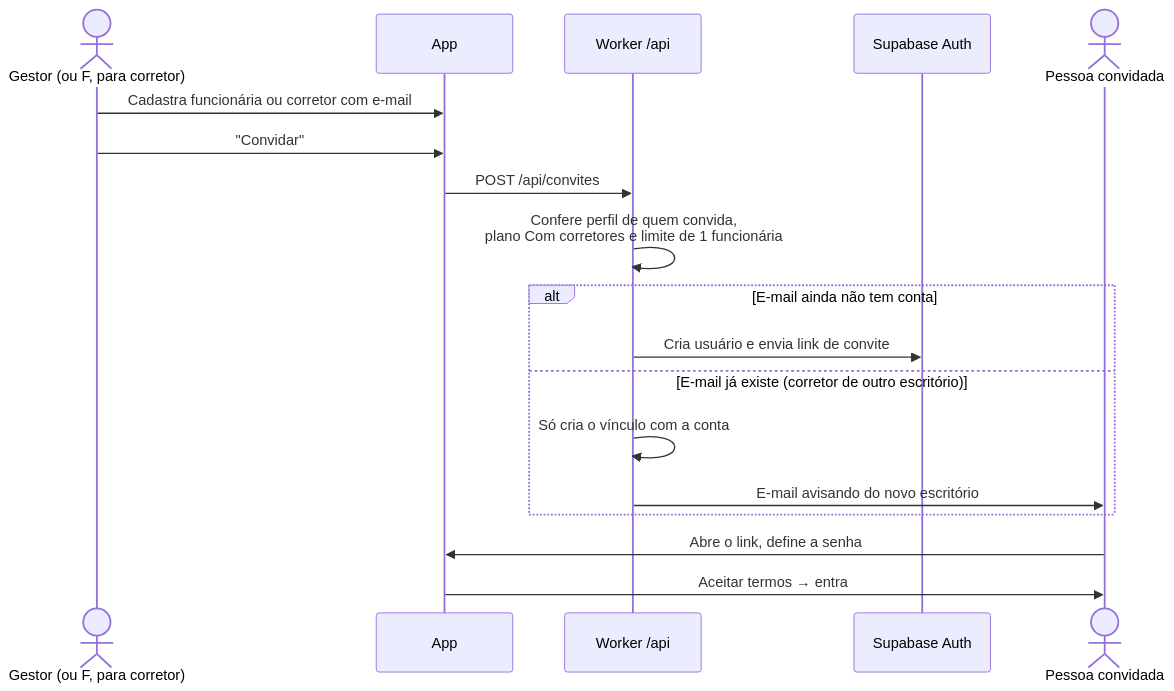
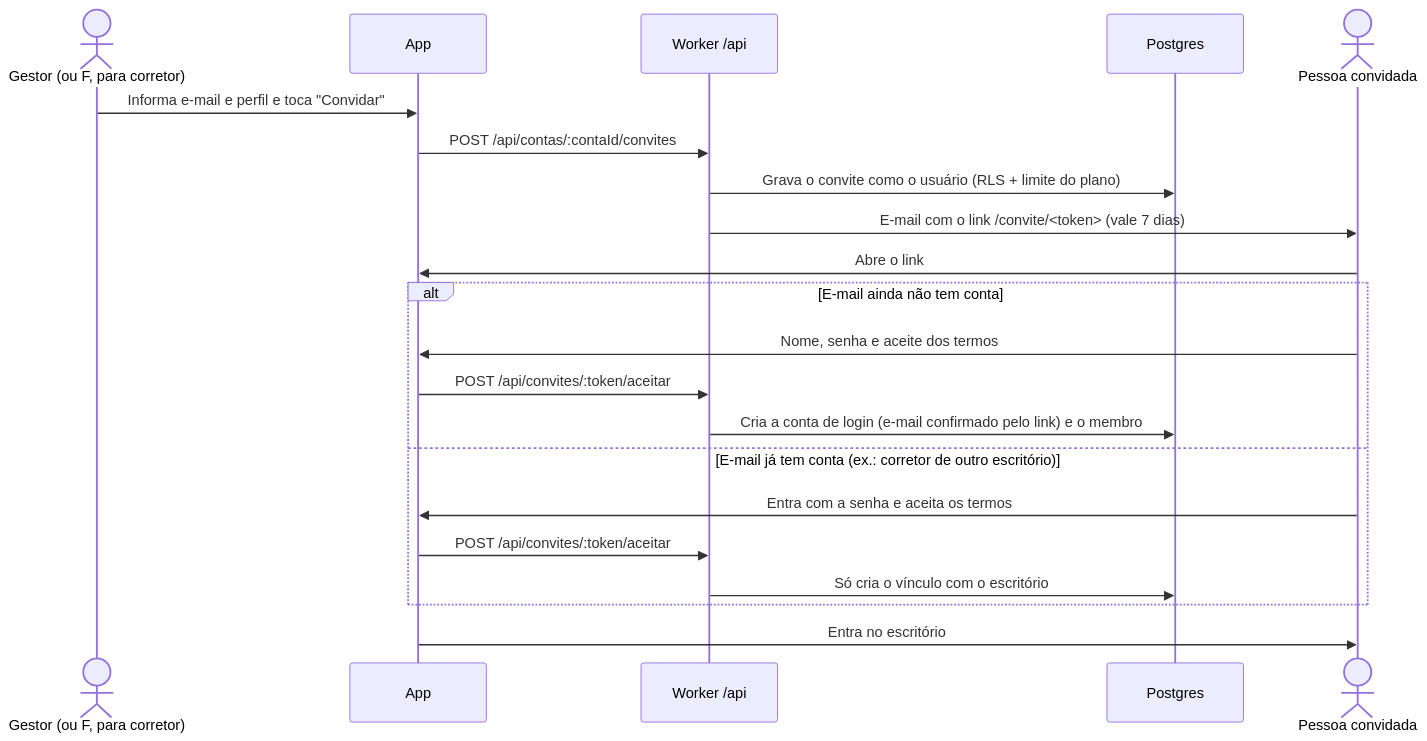
One commit to 77mdias/central-do-correspondente changed the fourth of 5 diagrams in docs/FLUXOS.md. Above: the diagram before and after it, drawn with Mermaid. The commit also changed 7 other files, not shown here.

Commit message:
docs: arquitetura com Better Auth e Worker como API (fase 1)

````diff
--- a/docs/FLUXOS.md
+++ b/docs/FLUXOS.md
@@ -121,20 +121,23 @@
 ```mermaid
 sequenceDiagram
     actor G as Gestor (ou F, para corretor)
     participant App
     participant API as Worker /api
-    participant Auth as Supabase Auth
+    participant DB as Postgres
     actor P as Pessoa convidada
-    G->>App: Cadastra funcionária ou corretor com e-mail
-    G->>App: "Convidar"
-    App->>API: POST /api/convites
-    API->>API: Confere perfil de quem convida,<br/>plano Com corretores e limite de 1 funcionária
+    G->>App: Informa e-mail e perfil e toca "Convidar"
+    App->>API: POST /api/contas/:contaId/convites
+    API->>DB: Grava o convite como o usuário (RLS + limite do plano)
+    API->>P: E-mail com o link /convite/<token> (vale 7 dias)
+    P->>App: Abre o link
     alt E-mail ainda não tem conta
-        API->>Auth: Cria usuário e envia link de convite
-    else E-mail já existe (corretor de outro escritório)
-        API->>API: Só cria o vínculo com a conta
-        API->>P: E-mail avisando do novo escritório
+        P->>App: Nome, senha e aceite dos termos
+        App->>API: POST /api/convites/:token/aceitar
+        API->>DB: Cria a conta de login (e-mail confirmado pelo link) e o membro
+    else E-mail já tem conta (ex.: corretor de outro escritório)
+        P->>App: Entra com a senha e aceita os termos
+        App->>API: POST /api/convites/:token/aceitar
+        API->>DB: Só cria o vínculo com o escritório
     end
-    P->>App: Abre o link, define a senha
-    App->>P: Aceitar termos → entra
+    App->>P: Entra no escritório
 ```
````
